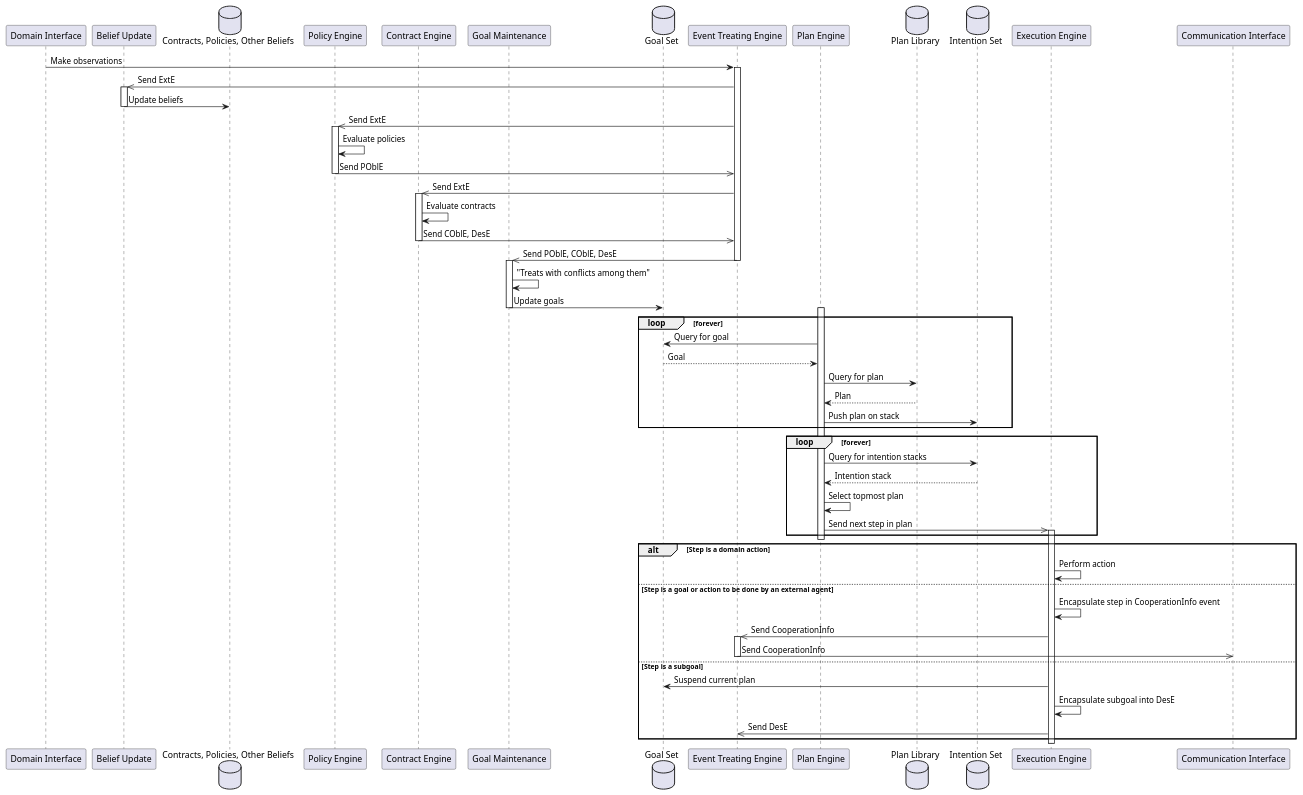
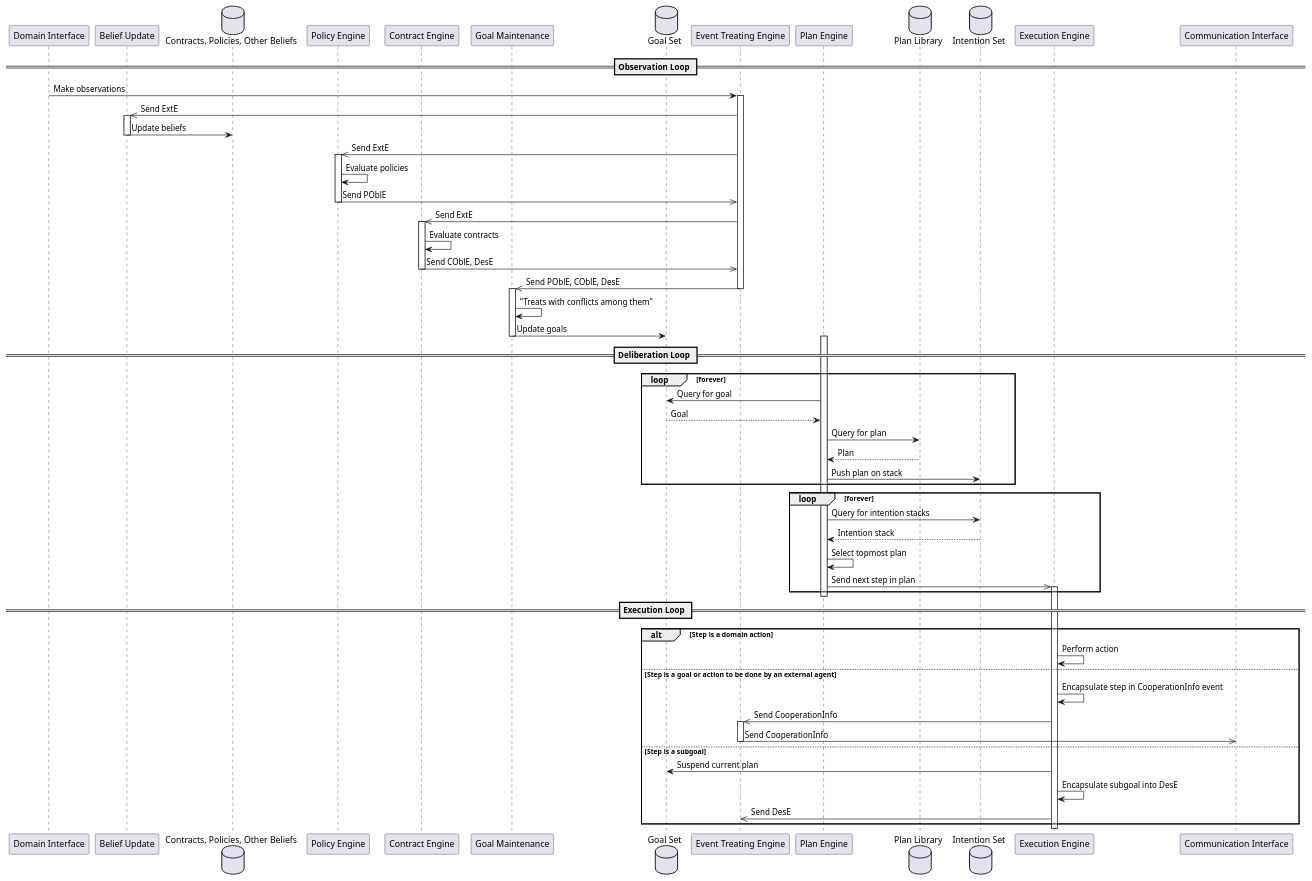
The diagram in Figures/PDC-agent/Control_Loop.plantuml (Entze/APIA), drawn with PlantUML before and after one commit.

Commit message:
Add sections to control loop diagram

```diff
--- a/Figures/PDC-agent/Control_Loop.plantuml
+++ b/Figures/PDC-agent/Control_Loop.plantuml
@@ -1,65 +1,71 @@
 @startuml
 participant "Domain Interface"
 participant "Belief Update"
 database "Contracts, Policies, Other Beliefs"
 participant "Policy Engine"
 participant "Contract Engine"
 participant "Goal Maintenance"
 database "Goal Set"
 participant "Event Treating Engine"
 participant "Plan Engine"
 database "Plan Library"
 database "Intention Set"
 participant "Execution Engine"
 participant "Communication Interface"
+
+== Observation Loop ==
 
 "Domain Interface" -> "Event Treating Engine" ++: Make observations
 "Event Treating Engine" ->> "Belief Update" ++ : Send ExtE
 "Belief Update" -> "Contracts, Policies, Other Beliefs" -- : Update beliefs
 
 "Event Treating Engine" ->> "Policy Engine" ++ : Send ExtE
 "Policy Engine" -> "Policy Engine" : Evaluate policies
 "Policy Engine" ->> "Event Treating Engine" -- : Send POblE
 
 "Event Treating Engine" ->> "Contract Engine" ++ : Send ExtE
 "Contract Engine" -> "Contract Engine" : Evaluate contracts
 "Contract Engine" ->> "Event Treating Engine" -- : Send COblE, DesE
 
 "Event Treating Engine" ->> "Goal Maintenance": Send POblE, COblE, DesE
 deactivate "Event Treating Engine"
 activate "Goal Maintenance"
 
 "Goal Maintenance" -> "Goal Maintenance" : "Treats with conflicts among them"
 "Goal Maintenance" -> "Goal Set" -- : Update goals
 
+== Deliberation Loop ==
+
 activate "Plan Engine"
 loop forever
     "Plan Engine" -> "Goal Set" : Query for goal
     "Plan Engine" <-- "Goal Set" : Goal
     "Plan Engine" -> "Plan Library" : Query for plan
     "Plan Engine" <-- "Plan Library" : Plan
     "Plan Engine" -> "Intention Set" : Push plan on stack
 end
 
 loop forever
     "Plan Engine" -> "Intention Set" : Query for intention stacks
     "Plan Engine" <-- "Intention Set" : Intention stack
     "Plan Engine" -> "Plan Engine" : Select topmost plan
     "Plan Engine" ->> "Execution Engine" ++ : Send next step in plan
 end
 deactivate "Plan Engine"
 
+== Execution Loop ==
+
 alt Step is a domain action
     "Execution Engine" -> "Execution Engine" : Perform action
 else Step is a goal or action to be done by an external agent
     "Execution Engine" -> "Execution Engine" : Encapsulate step in CooperationInfo event
     "Execution Engine" ->> "Event Treating Engine" ++ : Send CooperationInfo
     "Event Treating Engine" ->> "Communication Interface" -- : Send CooperationInfo
 else Step is a subgoal
     "Execution Engine" -> "Goal Set" : Suspend current plan
     "Execution Engine" -> "Execution Engine" : Encapsulate subgoal into DesE
     "Execution Engine" ->> "Event Treating Engine" : Send DesE
 end
 deactivate "Execution Engine"
 
 @enduml
```
